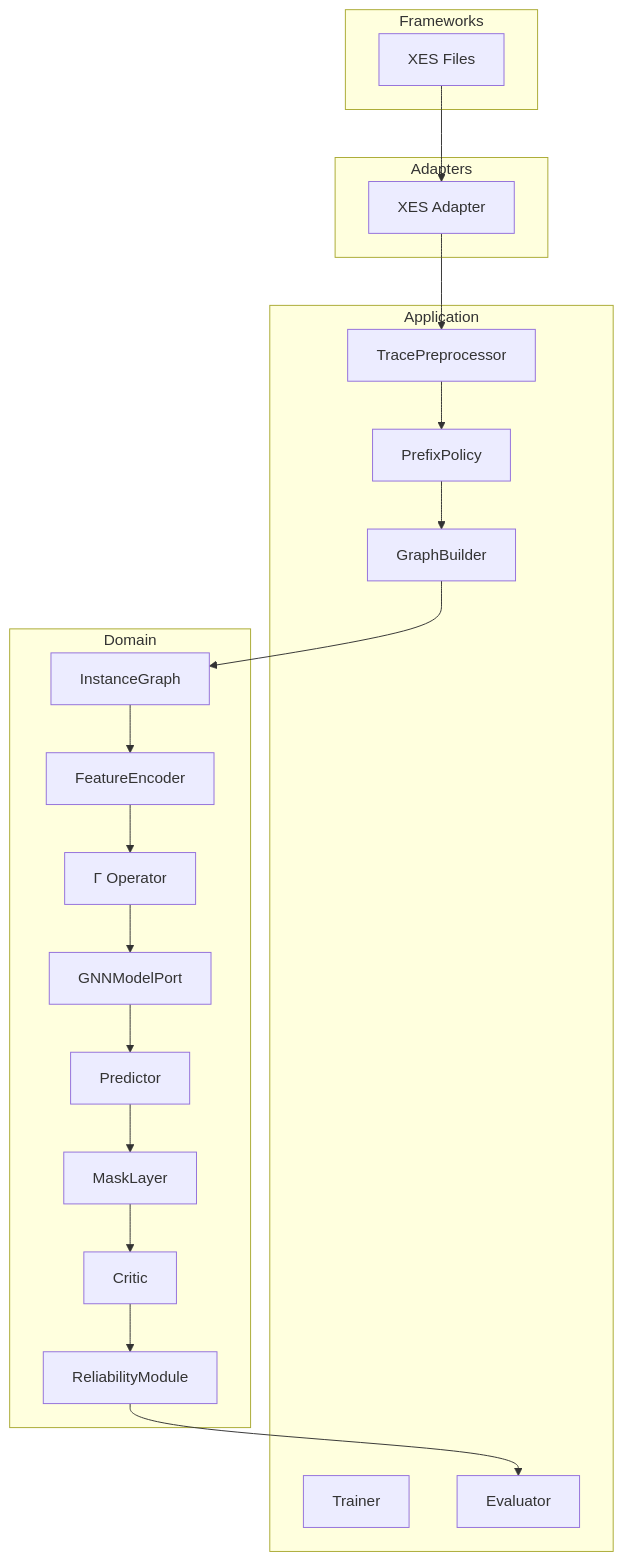
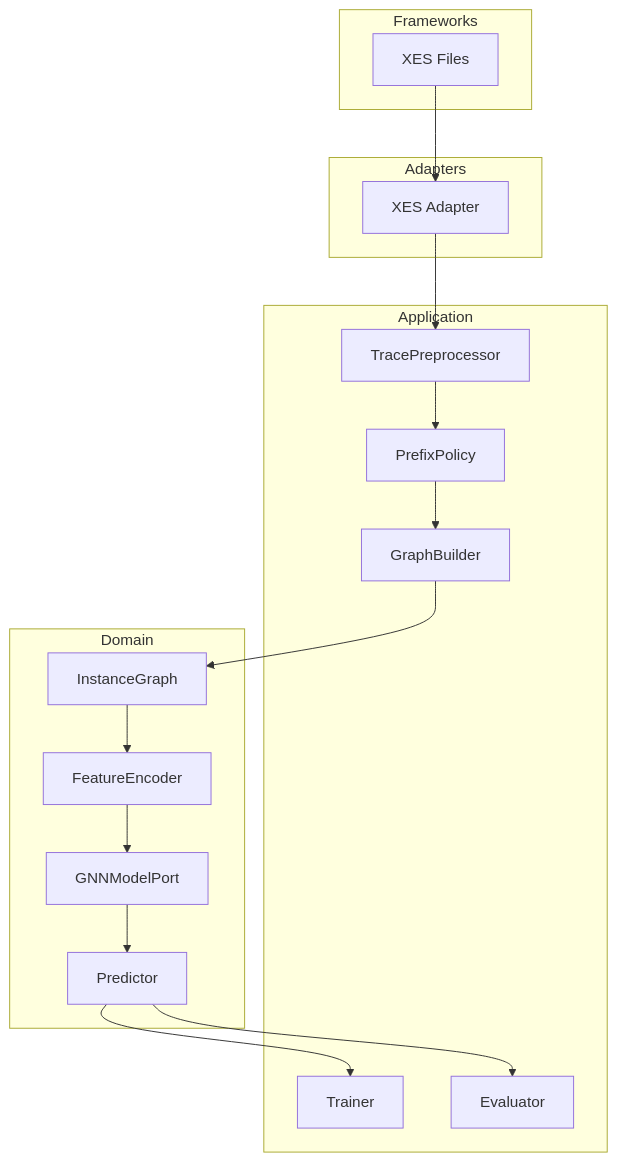
The first of 7 diagrams in ARCHITECTURE_MVP1.MD (ghsrg/bpm_prediction), drawn with Mermaid before and after one commit. The commit also changed 9 other files, not shown here.

````diff
--- a/ARCHITECTURE_MVP1.MD
+++ b/ARCHITECTURE_MVP1.MD
@@ -43,43 +43,37 @@
 ```mermaid
 flowchart TB
     subgraph Frameworks
         XES[XES Files]
     end
 
     subgraph Adapters
         XESAdapter[XES Adapter]
     end
 
     subgraph Application
         TracePreprocessor[TracePreprocessor]
         PrefixPolicy[PrefixPolicy]
         GraphBuilder[GraphBuilder]
         Trainer[Trainer]
         Evaluator[Evaluator]
     end
 
     subgraph Domain
         InstanceGraph[InstanceGraph]
         FeatureEncoder[FeatureEncoder]
-        FusionOperator[Γ Operator]
         GNNModel[GNNModelPort]
         Predictor[Predictor]
-        MaskLayer[MaskLayer]
-        Critic[Critic]
-        ReliabilityModule[ReliabilityModule]
     end
 
+    %% Data Flow
     XES --> XESAdapter
     XESAdapter --> TracePreprocessor
     TracePreprocessor --> PrefixPolicy
     PrefixPolicy --> GraphBuilder
     GraphBuilder --> InstanceGraph
     InstanceGraph --> FeatureEncoder
-    FeatureEncoder --> FusionOperator
-    FusionOperator --> GNNModel
+    FeatureEncoder --> GNNModel
     GNNModel --> Predictor
-    Predictor --> MaskLayer
-    MaskLayer --> Critic
-    Critic --> ReliabilityModule
-    ReliabilityModule --> Evaluator
+    Predictor --> Trainer
+    Predictor --> Evaluator
 ```
````
